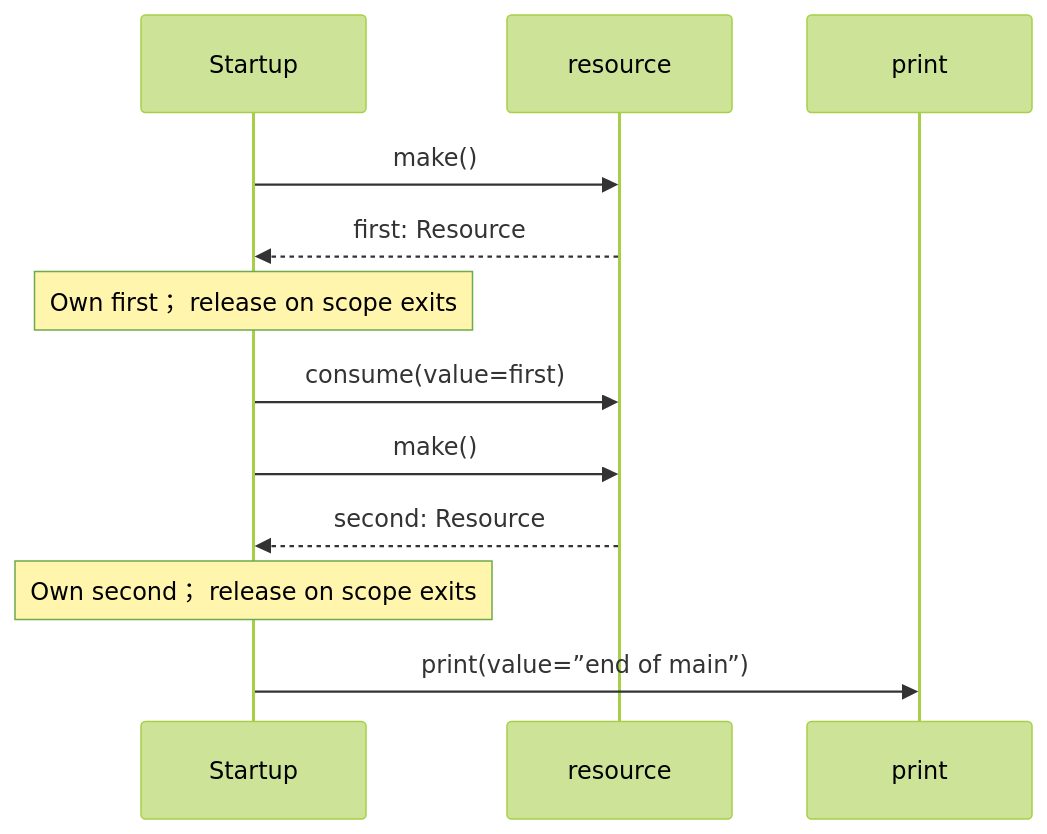
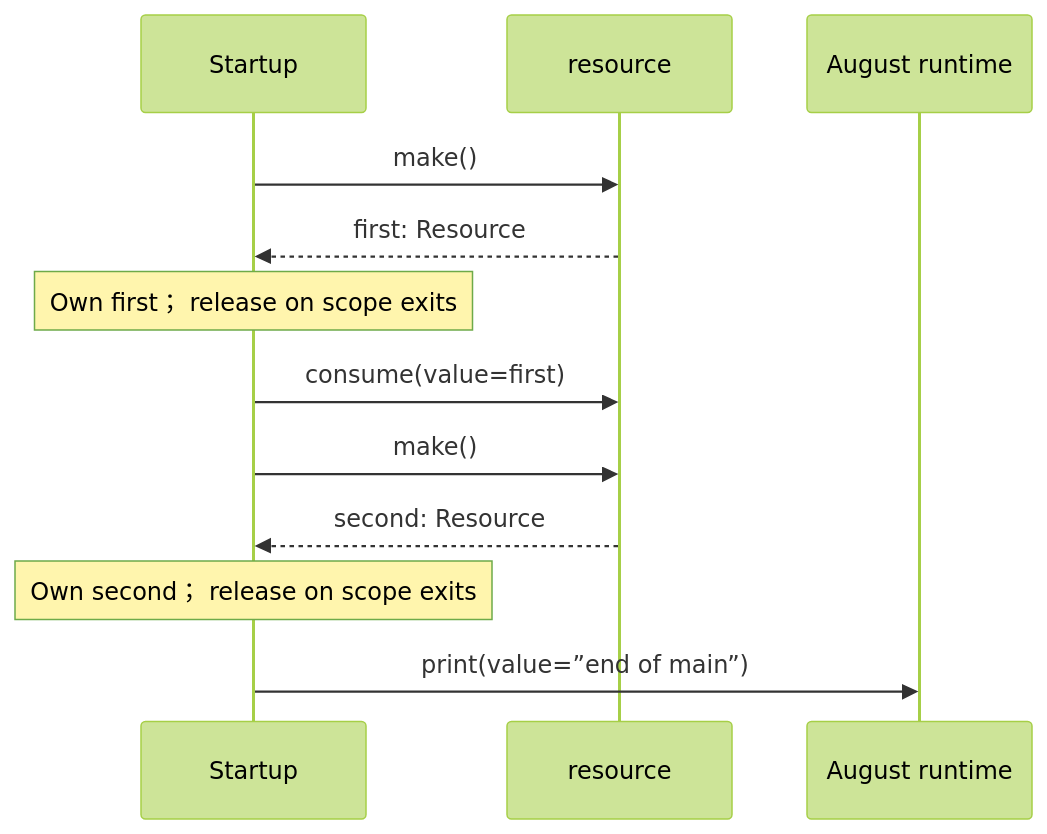
The diagram in docs/examples/ownership-transfer/main-diagrams.md (GreenPandaStudios/augscript), drawn with Mermaid (forest theme) before and after one commit. The commit also changed other lines of this file and 304 other files, not shown here.

Commit message:
Make generated data-flow sequences concise and review every diagram

````diff
--- a/docs/examples/ownership-transfer/main-diagrams.md
+++ b/docs/examples/ownership-transfer/main-diagrams.md
@@ -41,14 +28,14 @@
 ```mermaid
 sequenceDiagram
     participant p0 as Startup
     participant p1 as resource
-    participant p2 as print
+    participant p2 as August runtime
     p0->>p1: make()
     p1-->>p0: first: Resource
     Note over p0: Own first； release on scope exits
     p0->>p1: consume(value=first)
     p0->>p1: make()
     p1-->>p0: second: Resource
     Note over p0: Own second； release on scope exits
     p0->>p2: print(value=”end of main”)
 ```
````
